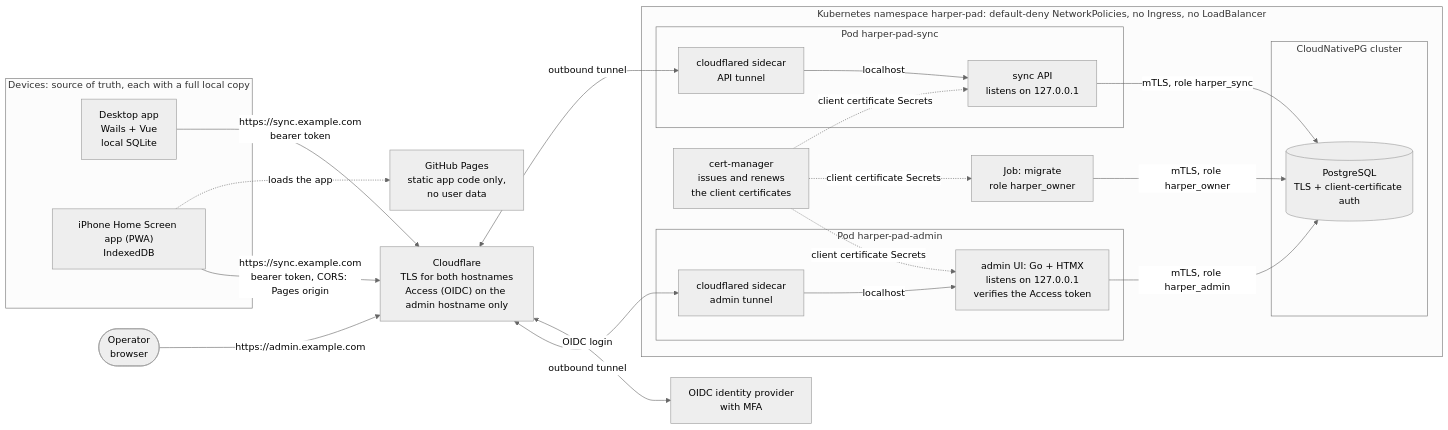
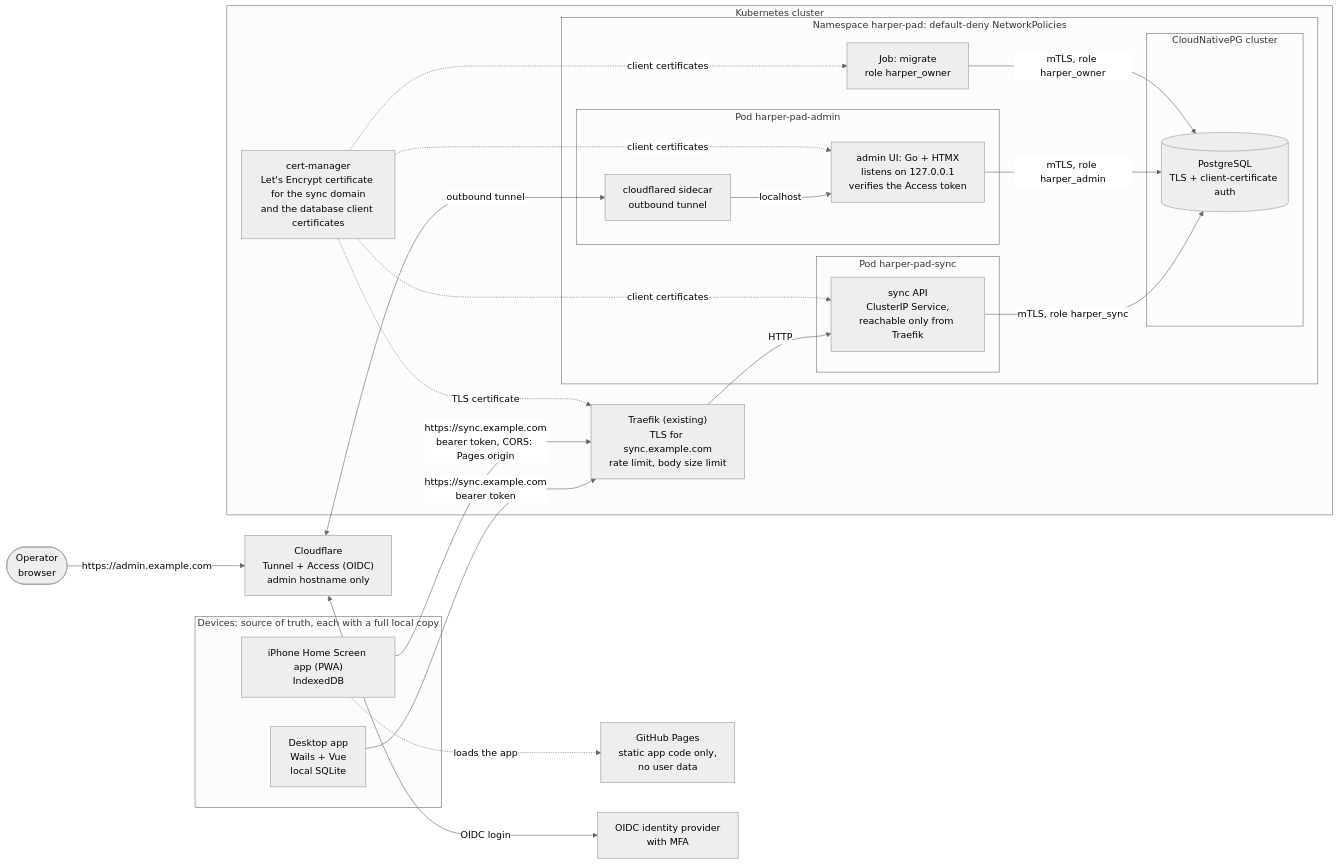
The first of 2 diagrams in docs/sync.md (cthtrifork/harper-pad), drawn with Mermaid (neutral theme) before and after one commit. The commit also changed other lines of this file and 1 other file, not shown here.

First line of the commit message:
docs(sync): serve the sync API through Traefik, keep the tunnel for the admin UI only

````diff
--- a/docs/sync.md
+++ b/docs/sync.md
@@ -77,43 +77,45 @@
 ```mermaid
 flowchart LR
   subgraph clients["Devices: source of truth, each with a full local copy"]
     desktop["Desktop app<br/>Wails + Vue<br/>local SQLite"]
     pwa["iPhone Home Screen app (PWA)<br/>IndexedDB"]
   end
   pages["GitHub Pages<br/>static app code only,<br/>no user data"]
   operator(["Operator<br/>browser"])
   idp["OIDC identity provider<br/>with MFA"]
-  cf["Cloudflare<br/>TLS for both hostnames<br/>Access (OIDC) on the admin hostname only"]
+  cf["Cloudflare<br/>Tunnel + Access (OIDC)<br/>admin hostname only"]
 
-  subgraph k8s["Kubernetes namespace harper-pad: default-deny NetworkPolicies, no Ingress, no LoadBalancer"]
-    subgraph apipod["Pod harper-pad-sync"]
-      cfd1["cloudflared sidecar<br/>API tunnel"]
-      api["sync API<br/>listens on 127.0.0.1"]
+  subgraph cluster["Kubernetes cluster"]
+    traefik["Traefik (existing)<br/>TLS for sync.example.com<br/>rate limit, body size limit"]
+    cm["cert-manager<br/>Let's Encrypt certificate for the sync domain<br/>and the database client certificates"]
+    subgraph ns["Namespace harper-pad: default-deny NetworkPolicies"]
+      subgraph apipod["Pod harper-pad-sync"]
+        api["sync API<br/>ClusterIP Service,<br/>reachable only from Traefik"]
+      end
+      subgraph adminpod["Pod harper-pad-admin"]
+        cfd["cloudflared sidecar<br/>outbound tunnel"]
+        admin["admin UI: Go + HTMX<br/>listens on 127.0.0.1<br/>verifies the Access token"]
+      end
+      job["Job: migrate<br/>role harper_owner"]
+      subgraph cnpg["CloudNativePG cluster"]
+        pg[("PostgreSQL<br/>TLS + client-certificate auth")]
+      end
     end
-    subgraph adminpod["Pod harper-pad-admin"]
-      cfd2["cloudflared sidecar<br/>admin tunnel"]
-      admin["admin UI: Go + HTMX<br/>listens on 127.0.0.1<br/>verifies the Access token"]
-    end
-    job["Job: migrate<br/>role harper_owner"]
-    subgraph cnpg["CloudNativePG cluster"]
-      pg[("PostgreSQL<br/>TLS + client-certificate auth")]
-    end
-    cm["cert-manager<br/>issues and renews<br/>the client certificates"]
   end
 
   pwa -. "loads the app" .-> pages
-  desktop -->|"https://sync.example.com<br/>bearer token"| cf
-  pwa -->|"https://sync.example.com<br/>bearer token, CORS: Pages origin"| cf
-  cf <-->|"outbound tunnel"| cfd1
-  cfd1 -->|"localhost"| api
+  desktop -->|"https://sync.example.com<br/>bearer token"| traefik
+  pwa -->|"https://sync.example.com<br/>bearer token, CORS: Pages origin"| traefik
+  traefik -->|"HTTP"| api
+  cm -. "TLS certificate" .-> traefik
   operator -->|"https://admin.example.com"| cf
   cf <-->|"OIDC login"| idp
-  cf <-->|"outbound tunnel"| cfd2
-  cfd2 -->|"localhost"| admin
+  cf <-->|"outbound tunnel"| cfd
+  cfd -->|"localhost"| admin
   api -->|"mTLS, role harper_sync"| pg
   admin -->|"mTLS, role harper_admin"| pg
   job -->|"mTLS, role harper_owner"| pg
-  cm -. "client certificate Secrets" .-> api
-  cm -. "client certificate Secrets" .-> admin
-  cm -. "client certificate Secrets" .-> job
+  cm -. "client certificates" .-> api
+  cm -. "client certificates" .-> admin
+  cm -. "client certificates" .-> job
 ```
````
